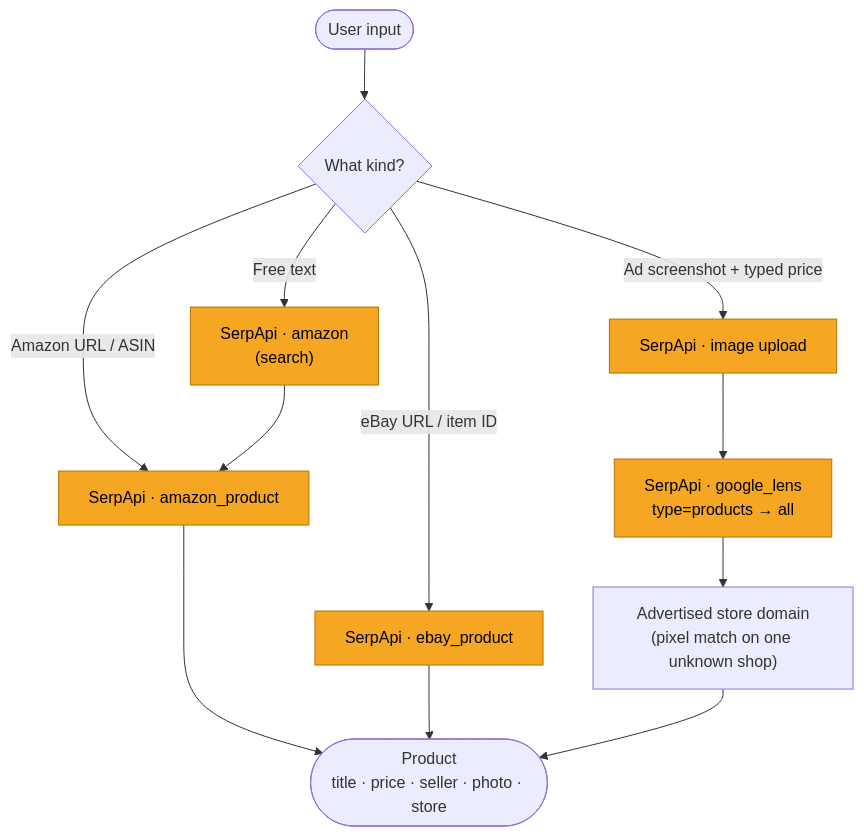
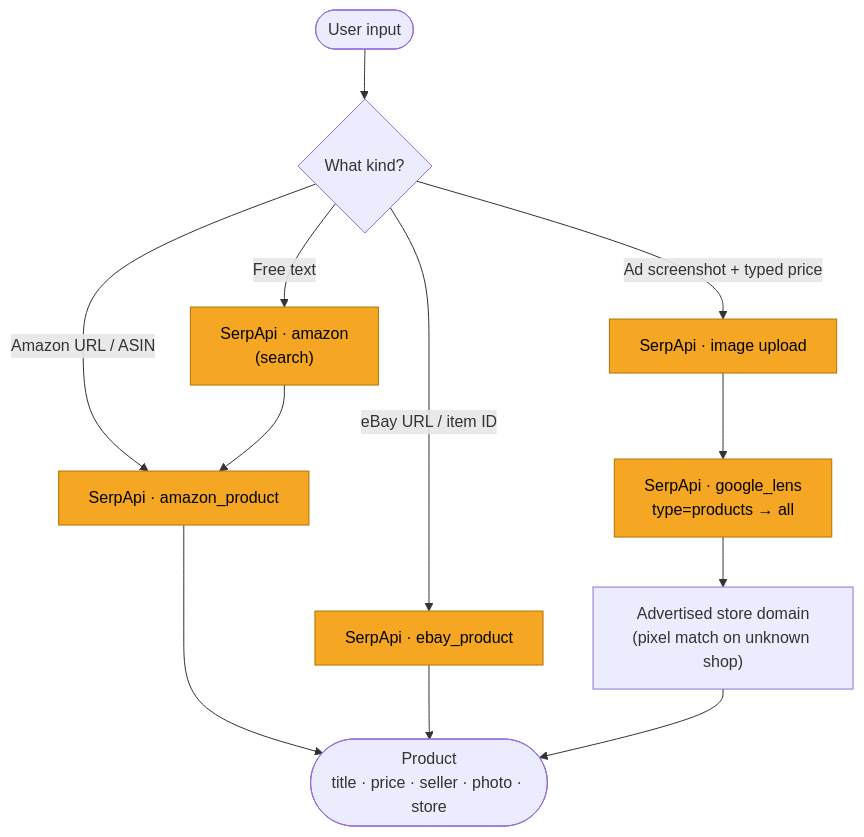
One commit to YashIIT0909/Clarity changed the second of 6 diagrams in README.md. Above: the diagram before and after it, drawn with Mermaid. The commit also changed other lines of this file, not shown here.

Commit message:
docs: update README with MCP support, multi-market details, and updated architecture descriptions

````diff
--- a/README.md
+++ b/README.md
@@ -147,13 +138,13 @@
 ```mermaid
 flowchart TD
     IN(["User input"]) --> Q{"What kind?"}
     Q -- "Amazon URL / ASIN" --> AP["SerpApi · amazon_product"]
     Q -- "eBay URL / item ID" --> EP["SerpApi · ebay_product"]
     Q -- "Free text" --> AS["SerpApi · amazon<br/>(search)"] --> AP
     Q -- "Ad screenshot + typed price" --> UP["SerpApi · image upload"] --> GL["SerpApi · google_lens<br/>type=products → all"]
-    GL --> ST["Advertised store domain<br/>(pixel match on one unknown shop)"]
+    GL --> ST["Advertised store domain<br/>(pixel match on unknown shop)"]
     AP & EP & ST --> P(["Product<br/>title · price · seller · photo · store"])
 
     classDef serp fill:#f5a623,stroke:#b37400,color:#000
     class AP,EP,AS,UP,GL serp
 ```
````
